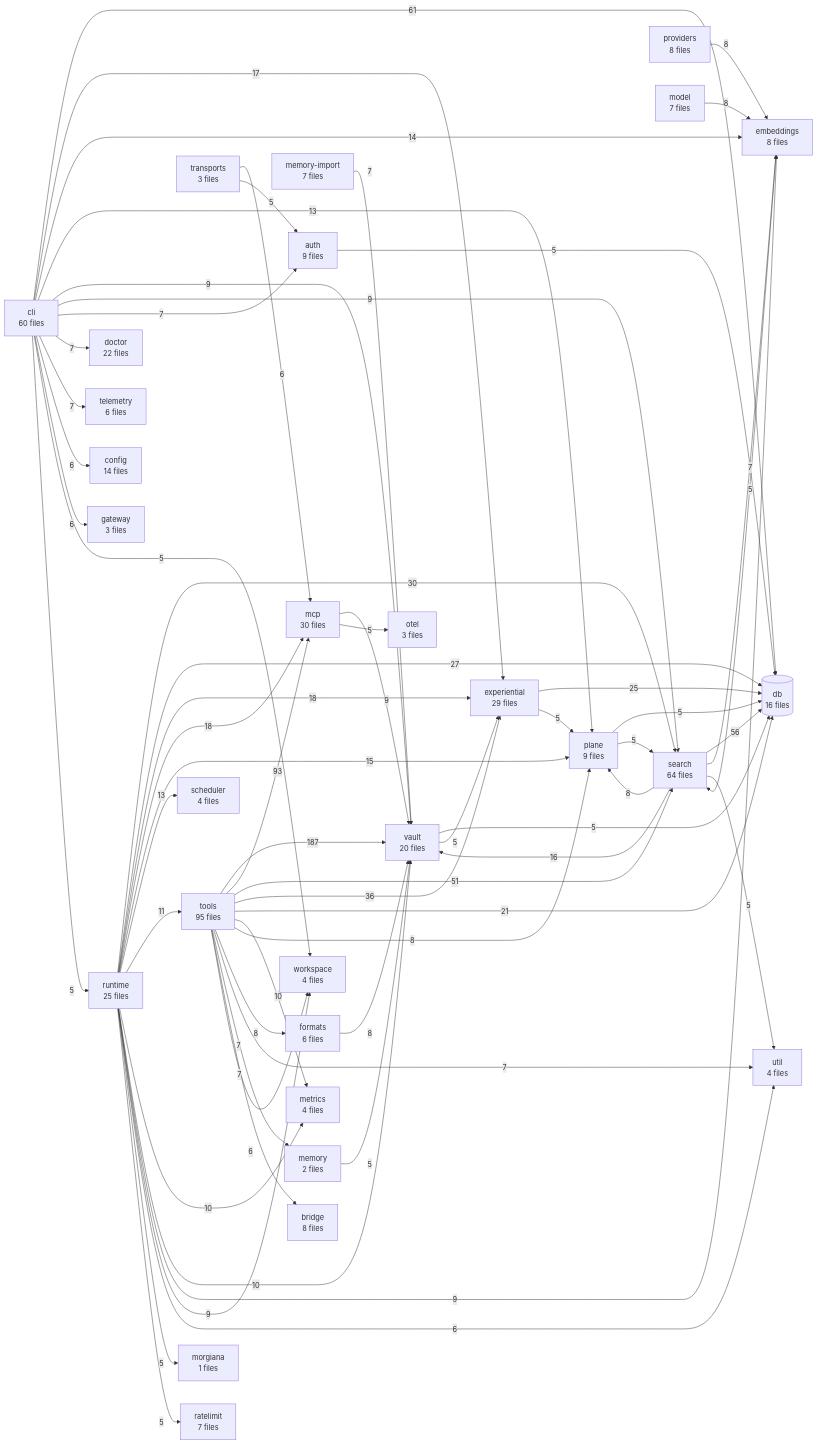
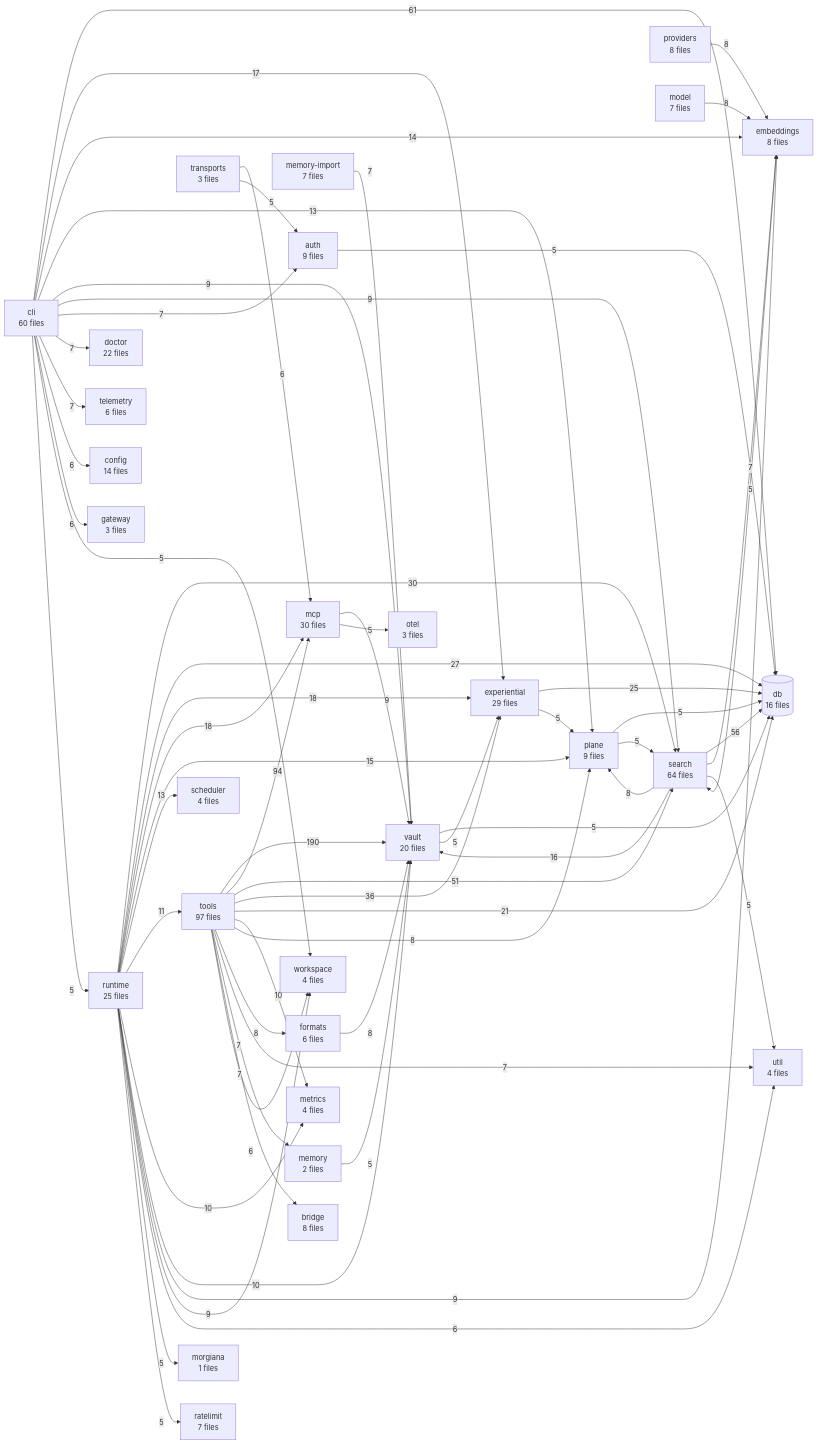
The diagram in TREE.md (The-40-Thieves/obsidian-tc), drawn with Mermaid before and after one commit. The commit also changed other lines of this file and 45 other files, not shown here.

````diff
--- a/TREE.md
+++ b/TREE.md
@@ -329,6 +329,6 @@
 ```mermaid
 flowchart LR
-  tools[tools<br/>95 files]
+  tools[tools<br/>97 files]
   search[search<br/>64 files]
   cli[cli<br/>60 files]
   mcp[mcp<br/>30 files]
@@ -358,8 +358,8 @@
   memory[memory<br/>2 files]
   morgiana[morgiana<br/>1 files]
 
-  tools -->|187| vault
-  tools -->|93| mcp
+  tools -->|190| vault
+  tools -->|94| mcp
   cli -->|61| db
   search -->|56| db
   tools -->|51| search
````
